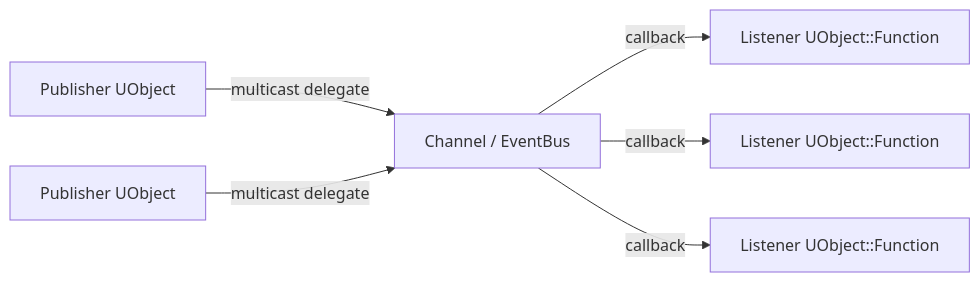
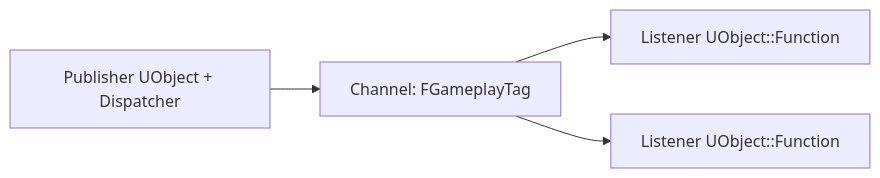
Before and after one commit to NickF93/UEEventBus: the second of 2 diagrams in README.md, drawn with Mermaid. The commit also changed other lines of this file and 33 other files, not shown here.

````diff
--- a/README.md
+++ b/README.md
@@ -72,8 +52,6 @@
 ```mermaid
 flowchart LR
-    P1[Publisher UObject] -->|multicast delegate| CH[Channel / EventBus]
-    P2[Publisher UObject] -->|multicast delegate| CH
-    CH -->|callback| L1[Listener UObject::Function]
-    CH -->|callback| L2[Listener UObject::Function]
-    CH -->|callback| L3[Listener UObject::Function]
+    P[Publisher UObject + Dispatcher] --> CH[Channel: FGameplayTag]
+    CH --> L1[Listener UObject::Function]
+    CH --> L2[Listener UObject::Function]
 ```
````
